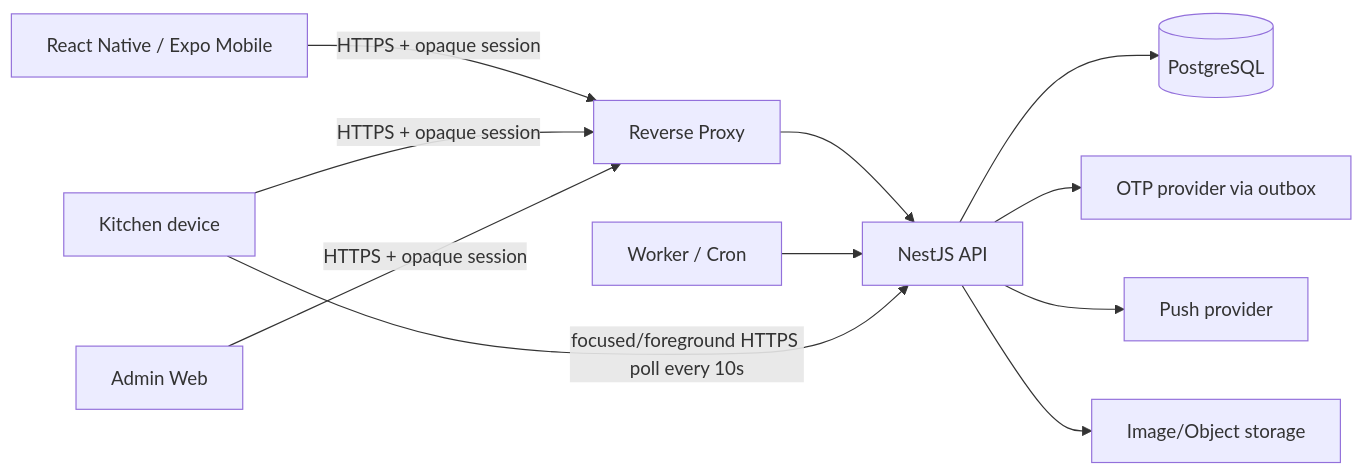
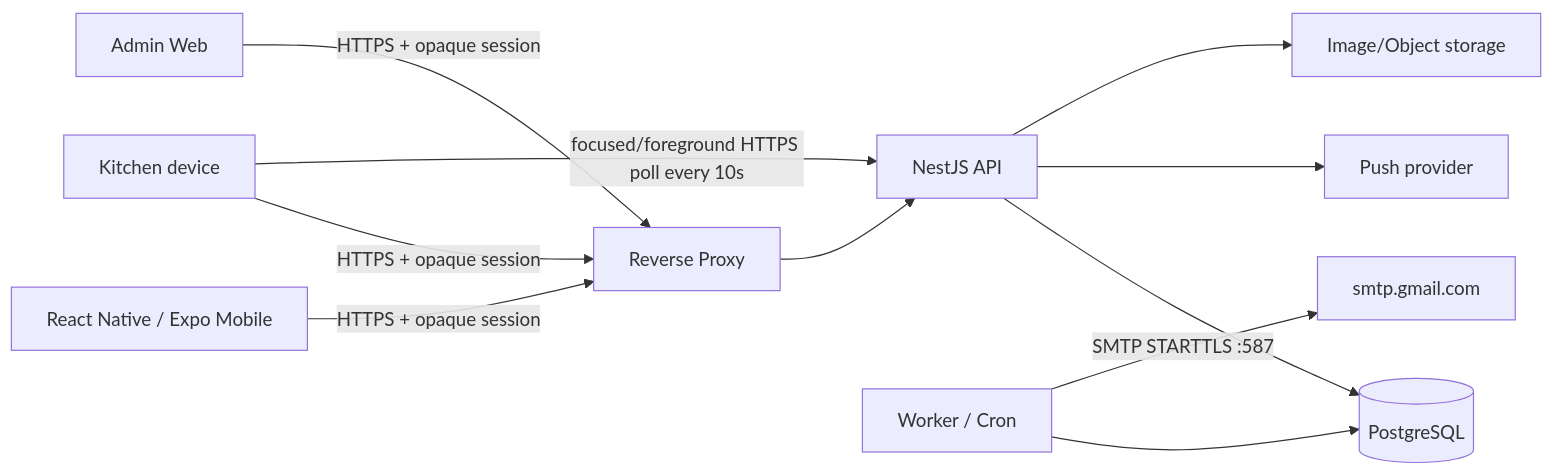
One commit to Wkiugt/IMeal-v3 changed the diagram in docs/02-technical-requirements.md. Above: the diagram before and after it, drawn with Mermaid. The commit also changed other lines of this file and 29 other files, not shown here.

First line of the commit message:
feat: deliver OTP through Gmail SMTP

````diff
--- a/docs/02-technical-requirements.md
+++ b/docs/02-technical-requirements.md
@@ -9,13 +9,13 @@
 ```mermaid
 flowchart LR
     M[React Native / Expo Mobile] -->|HTTPS + opaque session| RP[Reverse Proxy]
     K[Kitchen device] -->|HTTPS + opaque session| RP
     AW[Admin Web] -->|HTTPS + opaque session| RP
     RP --> API[NestJS API]
     API --> PG[(PostgreSQL)]
-    API --> OTP[OTP provider via outbox]
     API --> PUSH[Push provider]
     API --> IMG[Image/Object storage]
-    JOB[Worker / Cron] --> API
+    JOB[Worker / Cron] --> PG
+    JOB -->|SMTP STARTTLS :587| SMTP[smtp.gmail.com]
     K -->|focused/foreground HTTPS poll every 10s| API
 ```
````
